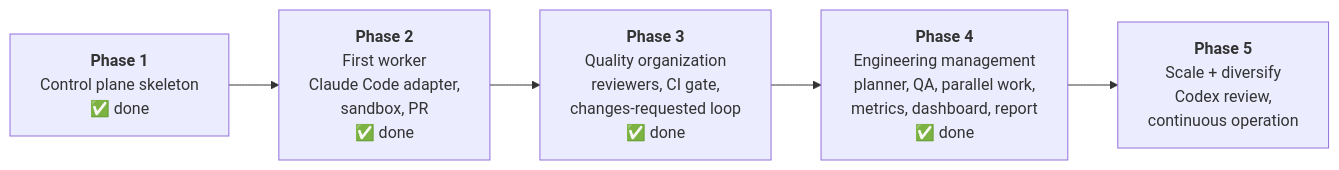
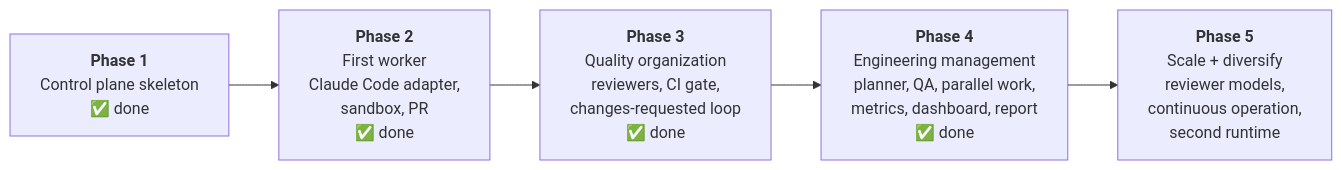
One commit to bharathcmbox/axiom changed the fourth of 5 diagrams in docs/guide/01-big-picture.md. Above: the diagram before and after it, drawn with Mermaid. The commit also changed other lines of this file and 10 other files, not shown here.

````diff
--- a/docs/guide/01-big-picture.md
+++ b/docs/guide/01-big-picture.md
@@ -78,9 +78,9 @@
 ```mermaid
 flowchart LR
     p1["<b>Phase 1</b><br/>Control plane skeleton<br/>✅ done"]
     p2["<b>Phase 2</b><br/>First worker<br/>Claude Code adapter,<br/>sandbox, PR<br/>✅ done"]
     p3["<b>Phase 3</b><br/>Quality organization<br/>reviewers, CI gate,<br/>changes-requested loop<br/>✅ done"]
     p4["<b>Phase 4</b><br/>Engineering management<br/>planner, QA, parallel work,<br/>metrics, dashboard, report<br/>✅ done"]
-    p5["<b>Phase 5</b><br/>Scale + diversify<br/>Codex review,<br/>continuous operation"]
+    p5["<b>Phase 5</b><br/>Scale + diversify<br/>reviewer models,<br/>continuous operation,<br/>second runtime"]
     p1 --> p2 --> p3 --> p4 --> p5
 ```
````
